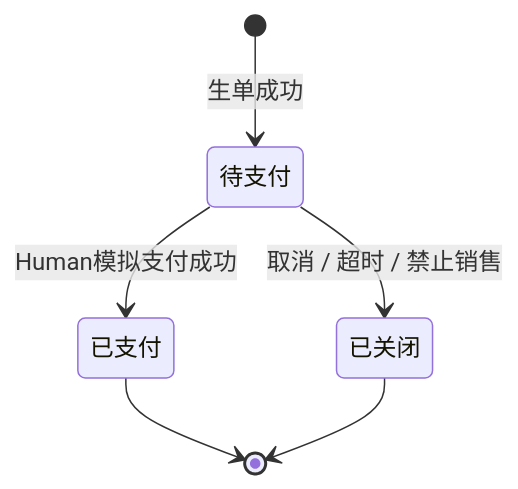
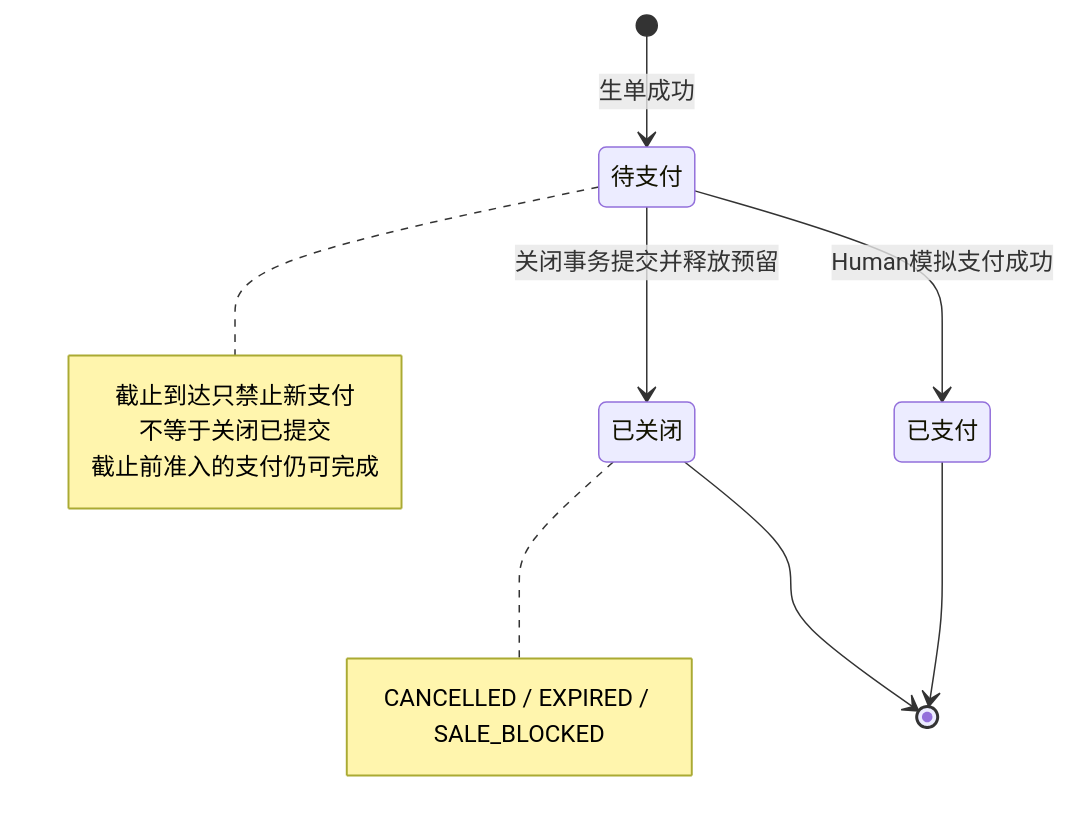
Before and after one commit to linshuohao/agent-ready-store: the fourth of 14 diagrams in docs/engineering/TECHNICAL_DESIGN.md, drawn with Mermaid. The commit also changed other lines of this file and 12 other files, not shown here.

Commit message:
docs: consolidate full store architecture and frontend flows

````diff
--- a/docs/engineering/TECHNICAL_DESIGN.md
+++ b/docs/engineering/TECHNICAL_DESIGN.md
@@ -84,11 +191,19 @@
 ```mermaid
 stateDiagram-v2
     state "待支付" as Pending
     state "已支付" as Paid
     state "已关闭" as Closed
     [*] --> Pending: 生单成功
     Pending --> Paid: Human模拟支付成功
-    Pending --> Closed: 取消 / 超时 / 禁止销售
+    Pending --> Closed: 关闭事务提交并释放预留
+    note right of Pending
+        截止到达只禁止新支付
+        不等于关闭已提交
+        截止前准入的支付仍可完成
+    end note
+    note right of Closed
+        CANCELLED / EXPIRED / SALE_BLOCKED
+    end note
     Paid --> [*]
     Closed --> [*]
 ```
````
